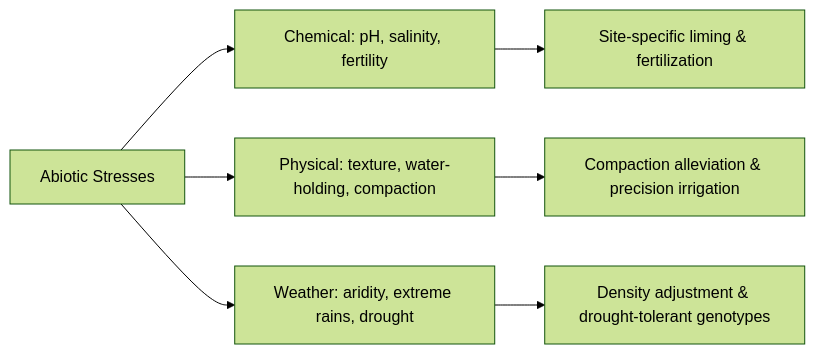
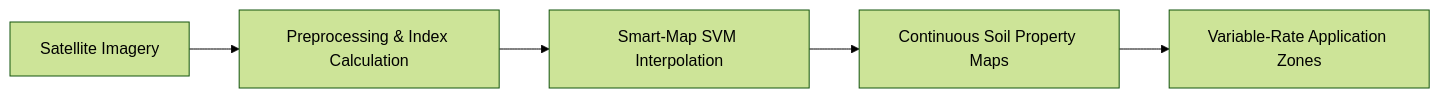
Before and after one commit to 00113844/AGRI4401_website: the eighth of 9 diagrams in presentations/presentation.qmd, drawn with Mermaid (forest theme). The commit also changed other lines of this file and 4 other files, not shown here.

````diff
--- a/presentations/presentation.qmd
+++ b/presentations/presentation.qmd
@@ -851,9 +686,7 @@
-```mermaid
+```{mermaid}
 flowchart LR
-  A[Abiotic Stresses] --> B[Chemical: pH, salinity, fertility]
-  A --> C[Physical: texture, water-holding, compaction]
-  A --> D[Weather: aridity, extreme rains, drought]
-  B --> E[Site-specific liming & fertilization]
-  C --> F[Compaction alleviation & precision irrigation]
-  D --> G[Density adjustment & drought-tolerant genotypes]
+    A[Satellite Imagery] --> B[Preprocessing & Index Calculation]
+    B --> C[Smart-Map SVM Interpolation]
+    C --> D[Continuous Soil Property Maps]
+    D --> E[Variable-Rate Application Zones]
 ```
````
